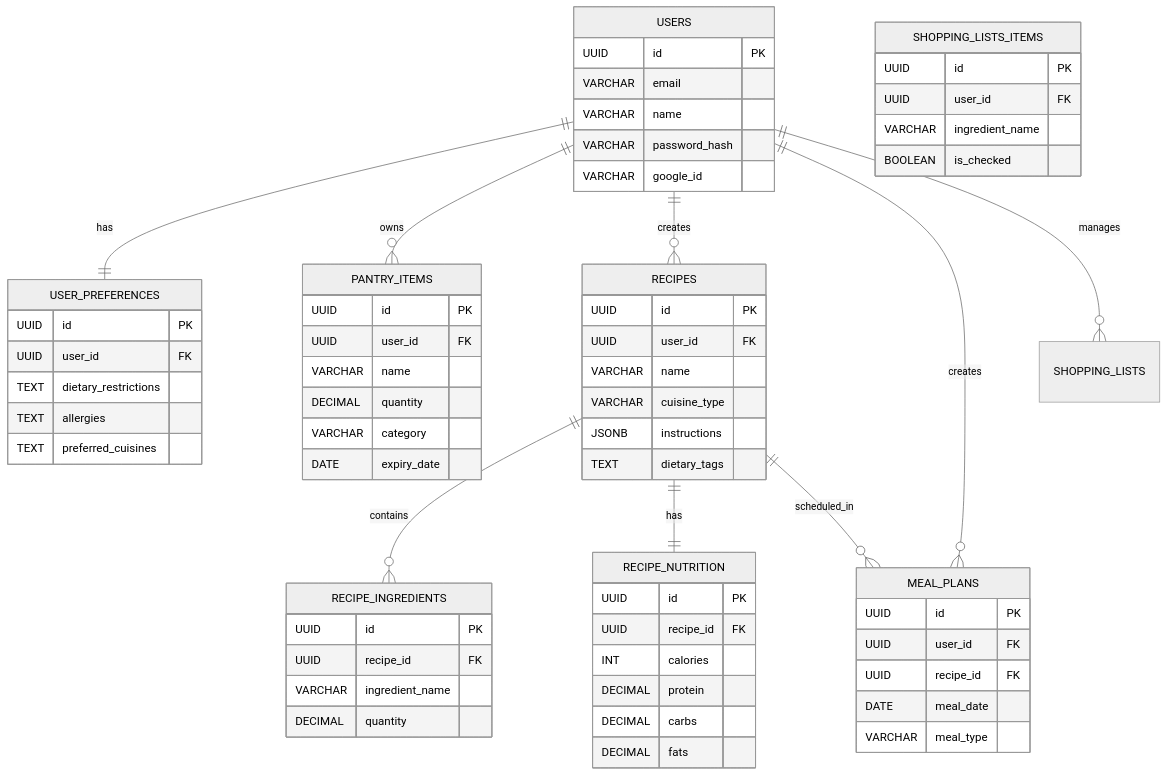
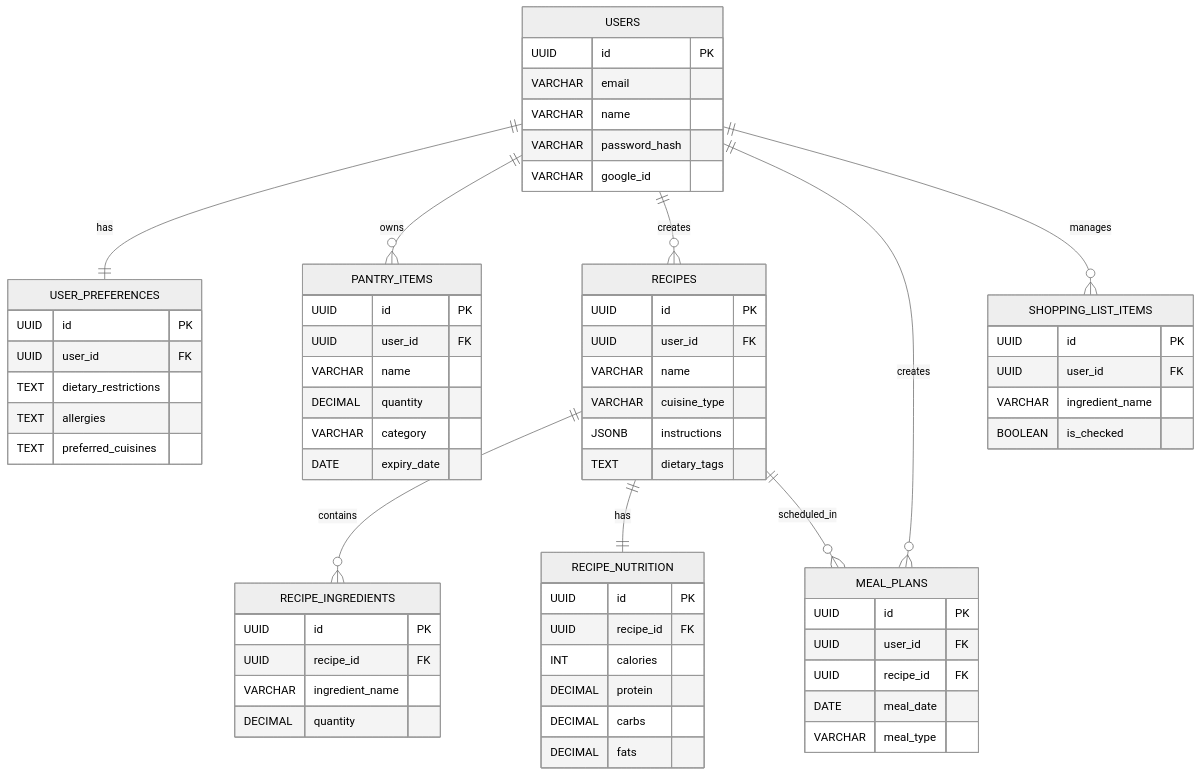
The diagram in README.md (Arnavvvvvvvvvv/Smart-Meal-Planner), drawn with Mermaid (neutral theme) before and after one commit.

Commit message:
Fix formatting in README

````diff
--- a/README.md
+++ b/README.md
@@ -186,7 +186,7 @@
         VARCHAR meal_type
     }
 
-    SHOPPING_LISTS_ITEMS {
+    SHOPPING_LIST_ITEMS {
         UUID id PK
         UUID user_id FK
         VARCHAR ingredient_name
@@ -208,5 +208,5 @@
 
     RECIPES ||--o{ MEAL_PLANS : scheduled_in
 
-    USERS ||--o{ SHOPPING_LISTS : manages
+    USERS ||--o{ SHOPPING_LIST_ITEMS : manages
 ```
````
